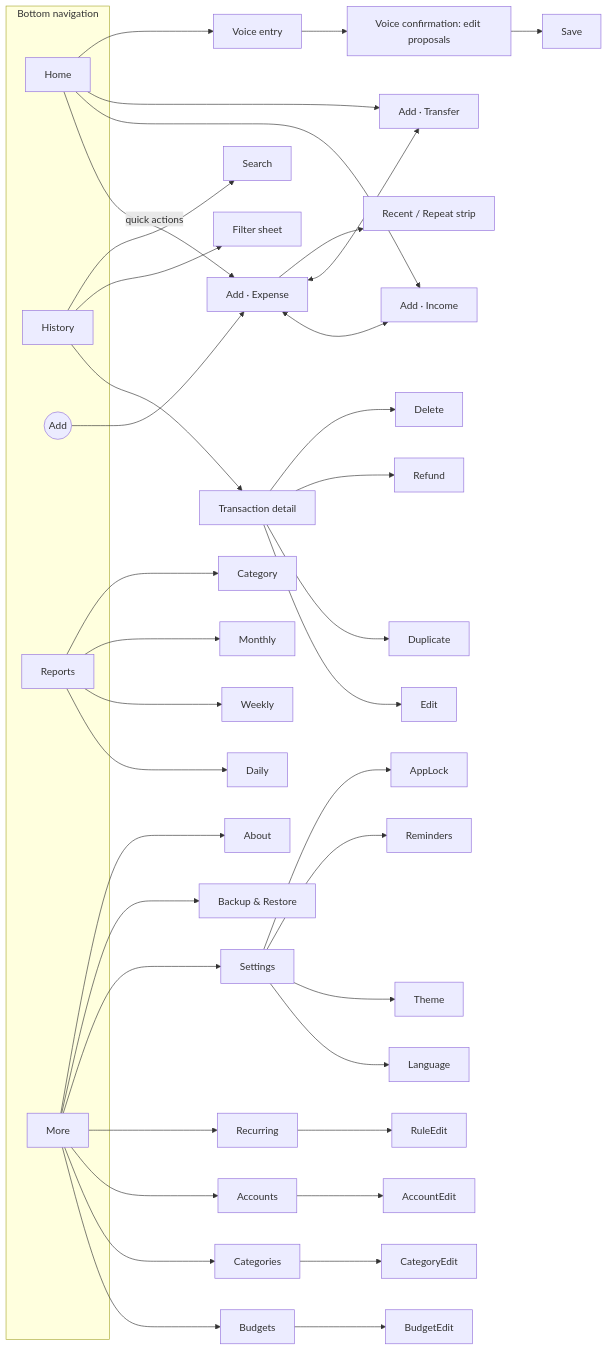
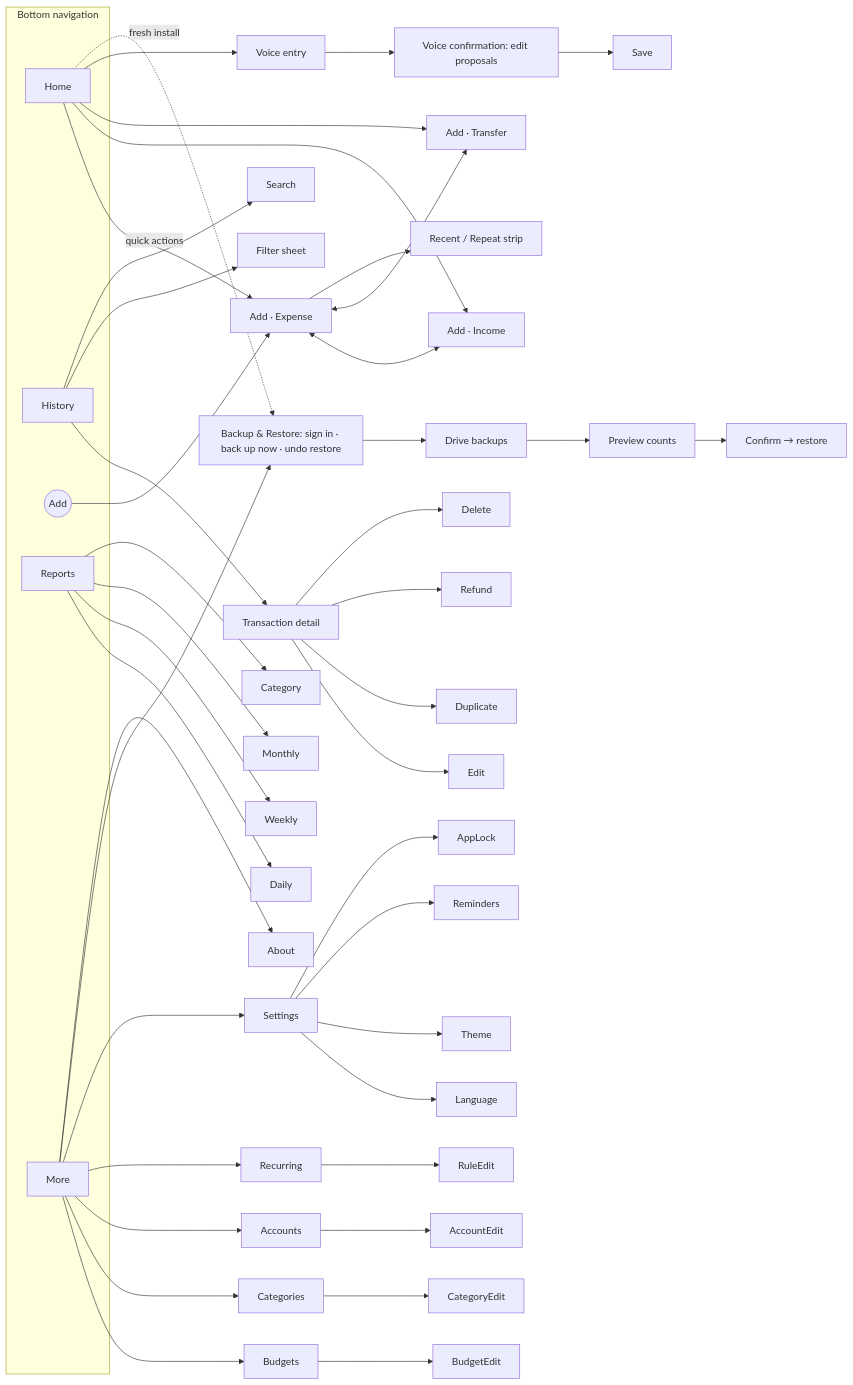
One commit to tanvirulislam/hisab changed the fourth of 4 diagrams in docs/ARCHITECTURE.md. Above: the diagram before and after it, drawn with Mermaid. The commit also changed other lines of this file and 7 other files, not shown here.

Commit message:
Drive backup: silent sign-in only after a sign-in here; docs for D22

````diff
--- a/docs/ARCHITECTURE.md
+++ b/docs/ARCHITECTURE.md
@@ -533,28 +594,29 @@
 ```mermaid
 flowchart LR
   subgraph Shell[Bottom navigation]
     Home
     History
     Add((Add))
     Reports
     More
   end
   Home -->|quick actions| AddExpense[Add · Expense]
   Home --> AddIncome[Add · Income]
   Home --> Transfer[Add · Transfer]
   Home --> Voice[Voice entry] --> Confirm[Voice confirmation: edit proposals] --> Save
   Add --> AddExpense
   AddExpense <--> AddIncome
   AddExpense <--> Transfer
   AddExpense --> Recent[Recent / Repeat strip]
   History --> Detail[Transaction detail] --> Edit[Edit] & Duplicate & Refund & Delete
   History --> Filters[Filter sheet] & Search
   Reports --> Daily & Weekly & Monthly & Category
   More --> Budgets --> BudgetEdit
   More --> Categories --> CategoryEdit
   More --> Accounts --> AccountEdit
   More --> Recurring --> RuleEdit
   More --> Settings --> Language & Theme & Reminders & AppLock
-  More --> Backup[Backup & Restore]
+  More --> Backup[Backup & Restore: sign in · back up now · undo restore] --> RestoreList[Drive backups] --> Preview[Preview counts] --> ConfirmRestore[Confirm → restore]
+  Home -.->|fresh install| Backup
   More --> About
 ```
````
